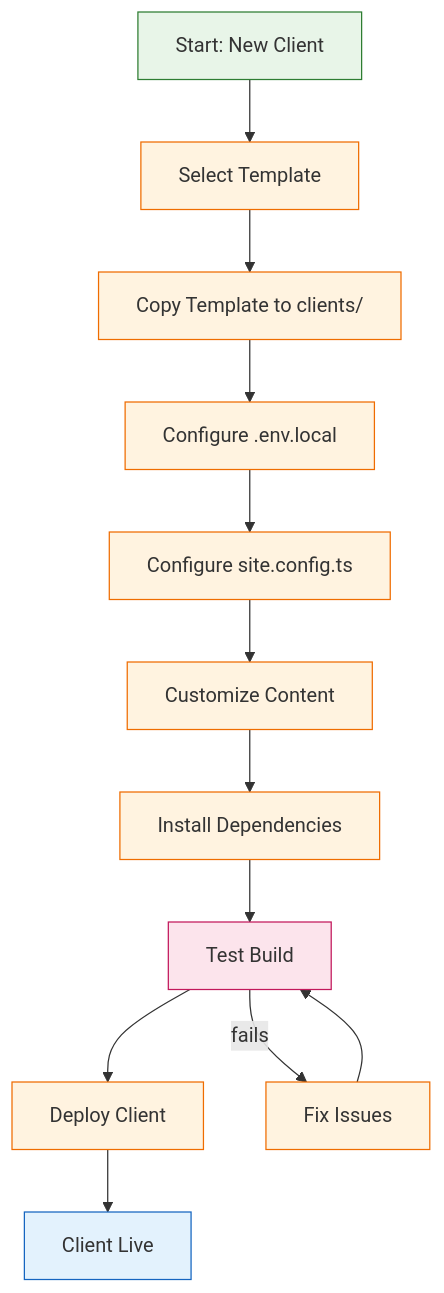
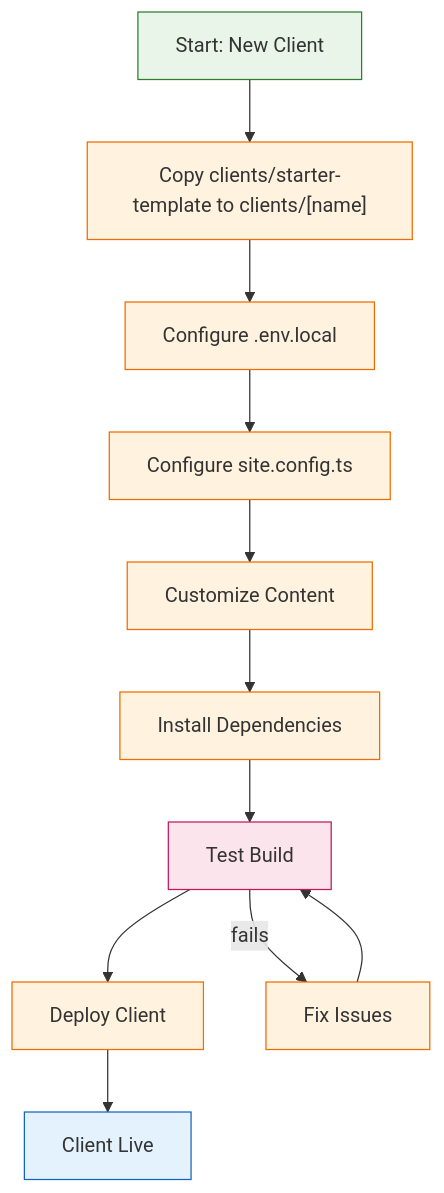
Before and after one commit to TrevorPLam/websites: the fifth of 14 diagrams in docs/architecture/dependency-graph.md, drawn with Mermaid. The commit also changed other lines of this file and 279 other files, not shown here.

````diff
--- a/docs/architecture/dependency-graph.md
+++ b/docs/architecture/dependency-graph.md
@@ -304,37 +283,36 @@
 ```mermaid
 flowchart TD
     Start["Start: New Client"]
     
     %% Selection Phase
-    Start --> SelectTemplate["Select Template"]
-    SelectTemplate --> CopyTemplate["Copy Template to clients/"]
+    Start --> CopyTemplate["Copy clients/starter-template to clients/[name]"]
     
     %% Configuration Phase
     CopyTemplate --> ConfigureEnv["Configure .env.local"]
     ConfigureEnv --> ConfigureSite["Configure site.config.ts"]
     ConfigureSite --> CustomizeContent["Customize Content"]
     
     %% Setup Phase
     CustomizeContent --> InstallDeps["Install Dependencies"]
     InstallDeps --> TestBuild["Test Build"]
     TestBuild --> Deploy["Deploy Client"]
     
     %% Completion
     Deploy --> Success["Client Live"]
     
     %% Error handling
     TestBuild --> |"fails"| FixIssues["Fix Issues"]
     FixIssues --> TestBuild
     
     %% Styling
     classDef start fill:#e8f5e8,stroke:#2e7d32
     classDef process fill:#fff3e0,stroke:#ef6c00
     classDef decision fill:#fce4ec,stroke:#c2185b
     classDef success fill:#e3f2fd,stroke:#1565c0
     
     class Start start
-    class SelectTemplate,CopyTemplate,ConfigureEnv,ConfigureSite,CustomizeContent,InstallDeps,Deploy process
+    class CopyTemplate,ConfigureEnv,ConfigureSite,CustomizeContent,InstallDeps,Deploy process
     class TestBuild decision
     class FixIssues process
     class Success success
 ```
````
